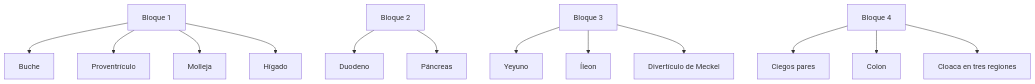
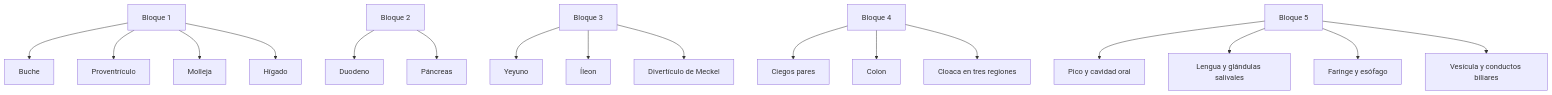
Before and after one commit to jonathnadelgadoCH/simulador-digestivo-gallina: the seventh of 24 diagrams in Documentation/MODEL_GENERATION_AND_INTEGRATION.md, drawn with Mermaid. The commit also changed other lines of this file and 13 other files, not shown here.

````diff
--- a/Documentation/MODEL_GENERATION_AND_INTEGRATION.md
+++ b/Documentation/MODEL_GENERATION_AND_INTEGRATION.md
@@ -301,15 +303,19 @@
 ```mermaid
 flowchart TB
     A[Bloque 1] --> A1[Buche]
     A --> A2[Proventrículo]
     A --> A3[Molleja]
     A --> A4[Hígado]
     B[Bloque 2] --> B1[Duodeno]
     B --> B2[Páncreas]
     C[Bloque 3] --> C1[Yeyuno]
     C --> C2[Íleon]
     C --> C3[Divertículo de Meckel]
     D[Bloque 4] --> D1[Ciegos pares]
     D --> D2[Colon]
     D --> D3[Cloaca en tres regiones]
+    E[Bloque 5] --> E1[Pico y cavidad oral]
+    E --> E2[Lengua y glándulas salivales]
+    E --> E3[Faringe y esófago]
+    E --> E4[Vesícula y conductos biliares]
 ```
````
